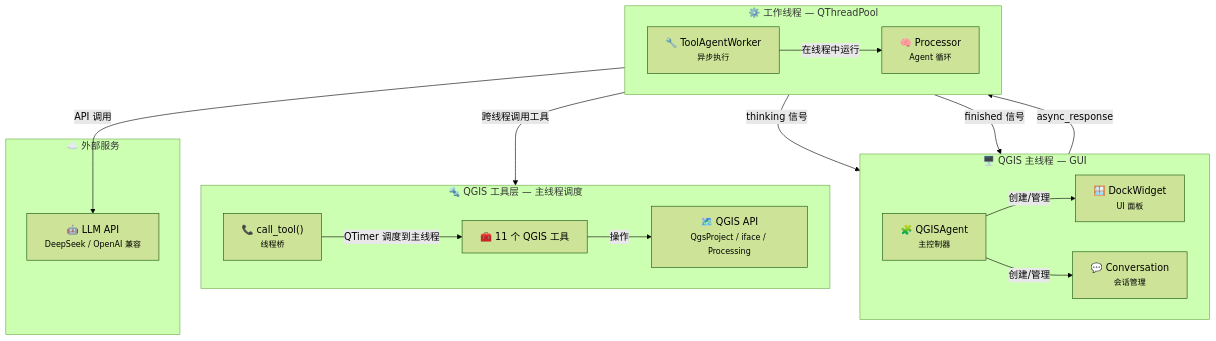
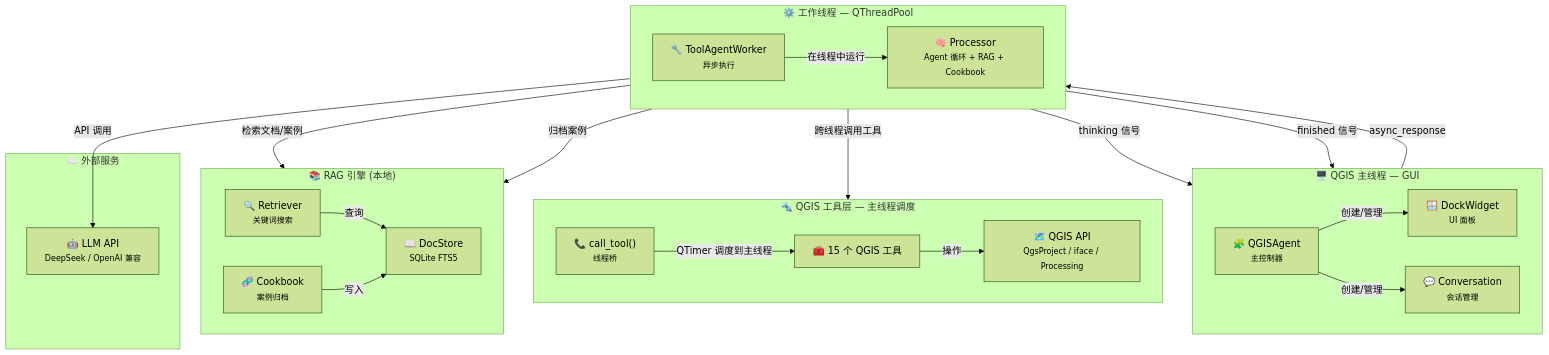
The first of 4 diagrams in README.md (bunkmr/qgis-agent), drawn with Mermaid (forest theme) before and after one commit. The commit also changed other lines of this file and 26 other files, not shown here.

Commit message:
v1.2.0: 新增 RAG 检索 + Cookbook + 跳过确认开关，修复 RAG 导入错误

````diff
--- a/README.md
+++ b/README.md
@@ -13,37 +28,48 @@
 ```mermaid
 graph TB
     subgraph UI["🖥️ QGIS 主线程 — GUI"]
         direction LR
         A["🧩 QGISAgent<br/><small>主控制器</small>"]
         B["🪟 DockWidget<br/><small>UI 面板</small>"]
         C["💬 Conversation<br/><small>会话管理</small>"]
     end
 
     subgraph WORKER["⚙️ 工作线程 — QThreadPool"]
         direction LR
         D["🔧 ToolAgentWorker<br/><small>异步执行</small>"]
-        E["🧠 Processor<br/><small>Agent 循环</small>"]
+        E["🧠 Processor<br/><small>Agent 循环 + RAG + Cookbook</small>"]
     end
 
     subgraph TOOLS["🔩 QGIS 工具层 — 主线程调度"]
         direction LR
         F["📞 call_tool()<br/><small>线程桥</small>"]
-        G["🧰 11 个 QGIS 工具"]
+        G["🧰 15 个 QGIS 工具"]
         H["🗺️ QGIS API<br/><small>QgsProject / iface / Processing</small>"]
+    end
+
+    subgraph RAG["📚 RAG 引擎 (本地)"]
+        direction LR
+        J["📖 DocStore<br/><small>SQLite FTS5</small>"]
+        K["🔍 Retriever<br/><small>关键词搜索</small>"]
+        L["🧬 Cookbook<br/><small>案例归档</small>"]
     end
 
     subgraph EXT["☁️ 外部服务"]
         I["🤖 LLM API<br/><small>DeepSeek / OpenAI 兼容</small>"]
     end
 
     A -->|创建/管理| B
     A -->|创建/管理| C
     C -->|async_response| D
     D -->|在线程中运行| E
     E -->|API 调用| I
+    E -->|检索文档/案例| K
+    K -->|查询| J
     E -->|跨线程调用工具| F
     F -->|QTimer 调度到主线程| G
     G -->|操作| H
+    E -->|归档案例| L
+    L -->|写入| J
     E -->|thinking 信号| B
     E -->|finished 信号| A
 ```
````
